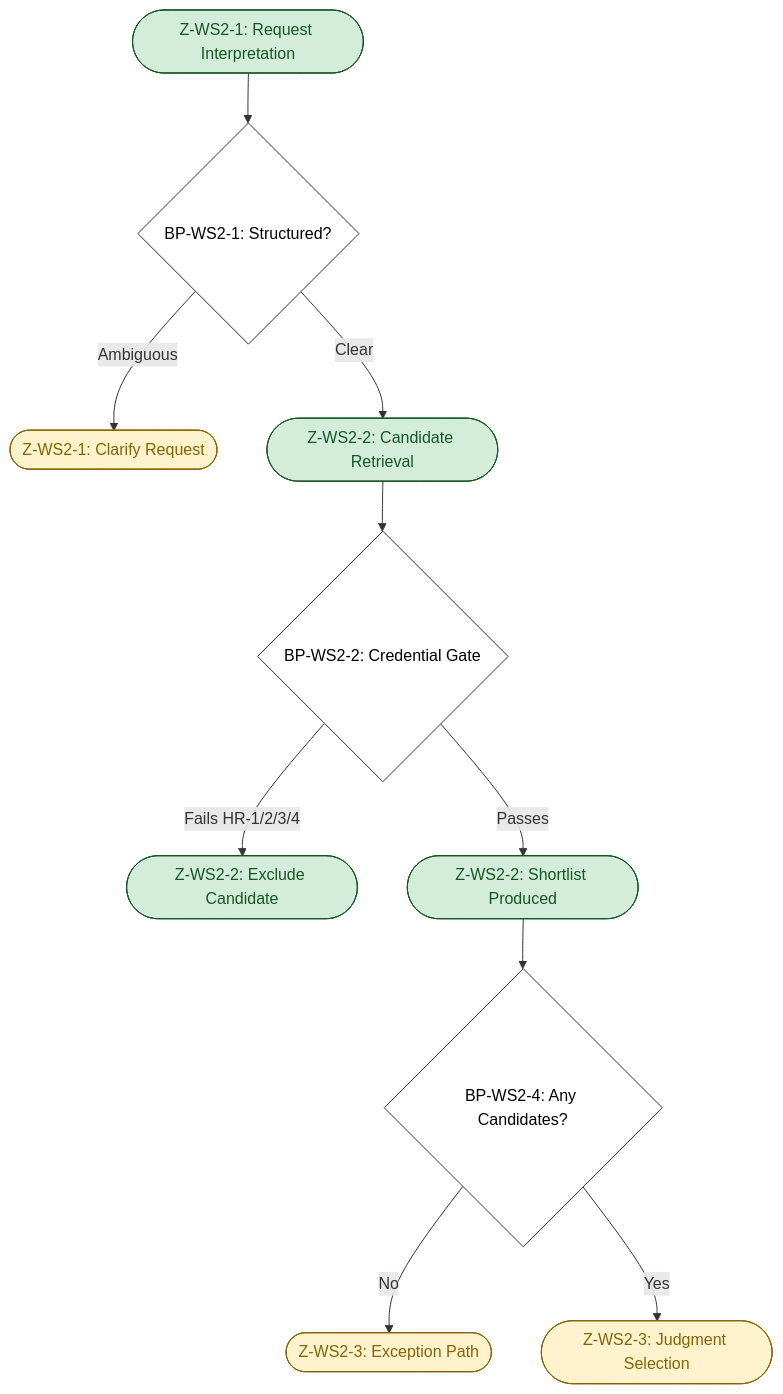
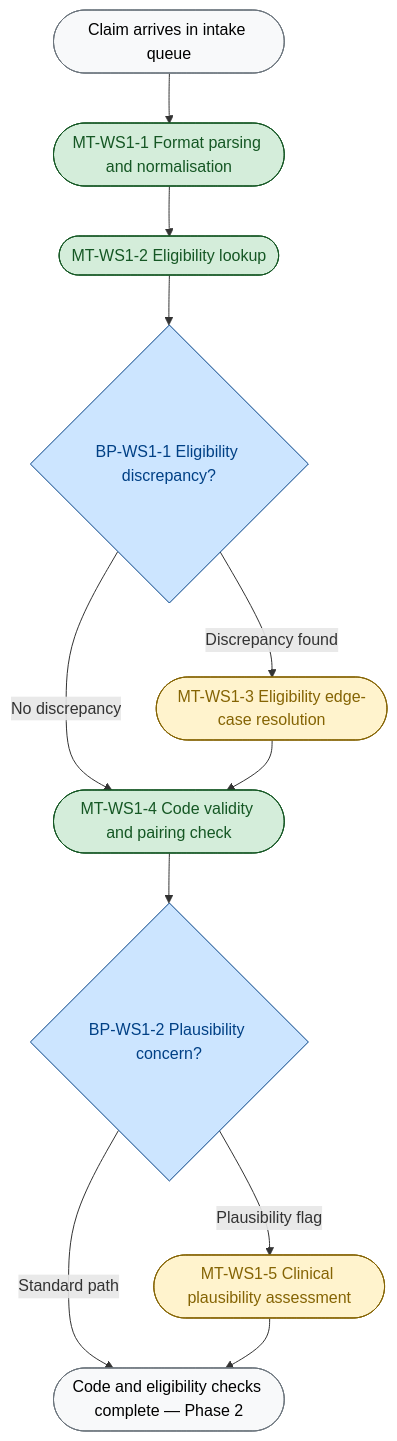
One commit to Benoit-Charrier/FDE-Program changed the first of 4 diagrams in Week4/Deliverables/D2A_cognitive_load_map.md. Above: the diagram before and after it, drawn with Mermaid. The commit also changed other lines of this file and 18 other files, not shown here.

````diff
--- a/Week4/Deliverables/D2A_cognitive_load_map.md
+++ b/Week4/Deliverables/D2A_cognitive_load_map.md
@@ -130,23 +144,33 @@
 ```mermaid
 flowchart TD
-    A([Z-WS2-1: Request Interpretation]) --> BP1{BP-WS2-1: Structured?}
-    BP1 -- Ambiguous --> A2([Z-WS2-1: Clarify Request])
-    BP1 -- Clear --> B([Z-WS2-2: Candidate Retrieval])
-    B --> BP2{BP-WS2-2: Credential Gate}
-    BP2 -- Fails HR-1/2/3/4 --> C([Z-WS2-2: Exclude Candidate])
-    BP2 -- Passes --> D([Z-WS2-2: Shortlist Produced])
-    D --> BP3{BP-WS2-4: Any Candidates?}
-    BP3 -- No --> E([Z-WS2-3: Exception Path])
-    BP3 -- Yes --> F([Z-WS2-3: Judgment Selection])
+    W1A_IN([Claim arrives in intake queue])
+    W1A_FMT([MT-WS1-1 Format parsing and normalisation])
+    W1A_ELG([MT-WS1-2 Eligibility lookup])
+    W1A_BP1{BP-WS1-1 Eligibility discrepancy?}
+    W1A_DSC([MT-WS1-3 Eligibility edge-case resolution])
+    W1A_COD([MT-WS1-4 Code validity and pairing check])
+    W1A_BP2{BP-WS1-2 Plausibility concern?}
+    W1A_PLS([MT-WS1-5 Clinical plausibility assessment])
+    W1A_OUT([Code and eligibility checks complete — Phase 2])
 
-    style A fill:#d4edda,color:#155724,stroke:#155724
-    style A2 fill:#fff3cd,color:#856404,stroke:#856404
-    style B fill:#d4edda,color:#155724,stroke:#155724
-    style C fill:#d4edda,color:#155724,stroke:#155724
-    style D fill:#d4edda,color:#155724,stroke:#155724
-    style E fill:#fff3cd,color:#856404,stroke:#856404
-    style F fill:#fff3cd,color:#856404,stroke:#856404
-    style BP1 fill:#ffffff,color:#000000,stroke:#333333
-    style BP2 fill:#ffffff,color:#000000,stroke:#333333
-    style BP3 fill:#ffffff,color:#000000,stroke:#333333
+    W1A_IN --> W1A_FMT
+    W1A_FMT --> W1A_ELG
+    W1A_ELG --> W1A_BP1
+    W1A_BP1 -->|No discrepancy| W1A_COD
+    W1A_BP1 -->|Discrepancy found| W1A_DSC
+    W1A_DSC --> W1A_COD
+    W1A_COD --> W1A_BP2
+    W1A_BP2 -->|Standard path| W1A_OUT
+    W1A_BP2 -->|Plausibility flag| W1A_PLS
+    W1A_PLS --> W1A_OUT
+
+    style W1A_IN fill:#f8f9fa,color:#000000,stroke:#6c757d
+    style W1A_FMT fill:#d4edda,color:#155724,stroke:#155724
+    style W1A_ELG fill:#d4edda,color:#155724,stroke:#155724
+    style W1A_DSC fill:#fff3cd,color:#856404,stroke:#856404
+    style W1A_COD fill:#d4edda,color:#155724,stroke:#155724
+    style W1A_PLS fill:#fff3cd,color:#856404,stroke:#856404
+    style W1A_BP1 fill:#cce5ff,color:#004085,stroke:#004085
+    style W1A_BP2 fill:#cce5ff,color:#004085,stroke:#004085
+    style W1A_OUT fill:#f8f9fa,color:#000000,stroke:#6c757d
 ```
````
